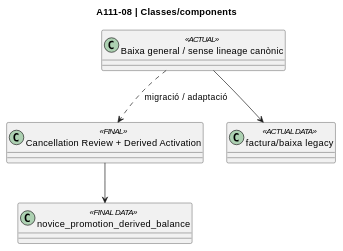
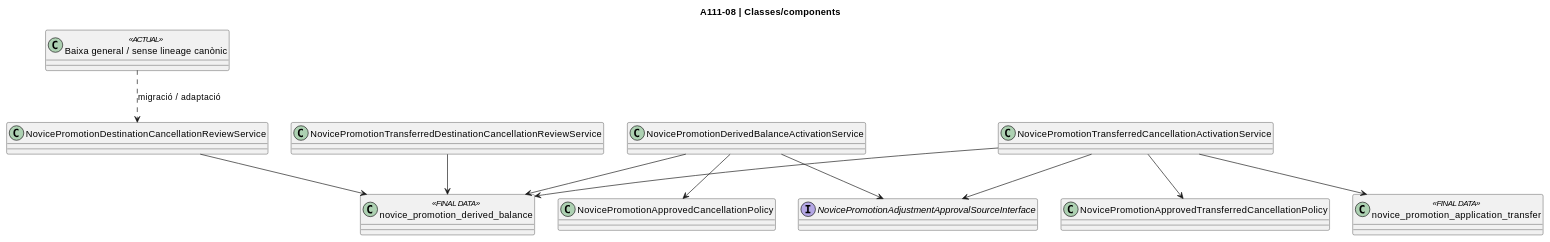
One commit to orgmeriemprismacat-del/verifactu changed diagram 30 of 48 in documentacio/07-uml-integrat/uc-111-diagrames-per-accio.md. Above: the diagram before and after it, drawn with PlantUML. The commit also changed other lines of this file, not shown here.

Commit message:
docs UC-111 action class diagrams: replace composite placeholders with exact transfer, lineage and refund services/policies

````diff
--- a/documentacio/07-uml-integrat/uc-111-diagrames-per-accio.md
+++ b/documentacio/07-uml-integrat/uc-111-diagrames-per-accio.md
@@ -599,12 +610,25 @@
 ```plantuml
 @startuml
 title A111-08 | Classes/components
 class "Baixa general / sense lineage canònic" as Legacy <<ACTUAL>>
-class "Cancellation Review + Derived Activation" as Final <<FINAL>>
-class "factura/baixa legacy" as LegacyDB <<ACTUAL DATA>>
-class "novice_promotion_derived_balance" as SIFDB <<FINAL DATA>>
-Legacy --> LegacyDB
-Legacy ..> Final : migració / adaptació
-Final --> SIFDB
+class NovicePromotionDestinationCancellationReviewService
+class NovicePromotionDerivedBalanceActivationService
+class NovicePromotionTransferredDestinationCancellationReviewService
+class NovicePromotionTransferredCancellationActivationService
+class NovicePromotionApprovedCancellationPolicy
+class NovicePromotionApprovedTransferredCancellationPolicy
+interface NovicePromotionAdjustmentApprovalSourceInterface
+class "novice_promotion_derived_balance" as Derived <<FINAL DATA>>
+class "novice_promotion_application_transfer" as Transfer <<FINAL DATA>>
+Legacy ..> NovicePromotionDestinationCancellationReviewService : migració / adaptació
+NovicePromotionDestinationCancellationReviewService --> Derived
+NovicePromotionDerivedBalanceActivationService --> Derived
+NovicePromotionTransferredDestinationCancellationReviewService --> Derived
+NovicePromotionTransferredCancellationActivationService --> Derived
+NovicePromotionTransferredCancellationActivationService --> Transfer
+NovicePromotionDerivedBalanceActivationService --> NovicePromotionApprovedCancellationPolicy
+NovicePromotionTransferredCancellationActivationService --> NovicePromotionApprovedTransferredCancellationPolicy
+NovicePromotionDerivedBalanceActivationService --> NovicePromotionAdjustmentApprovalSourceInterface
+NovicePromotionTransferredCancellationActivationService --> NovicePromotionAdjustmentApprovalSourceInterface
 @enduml
 ```
````
